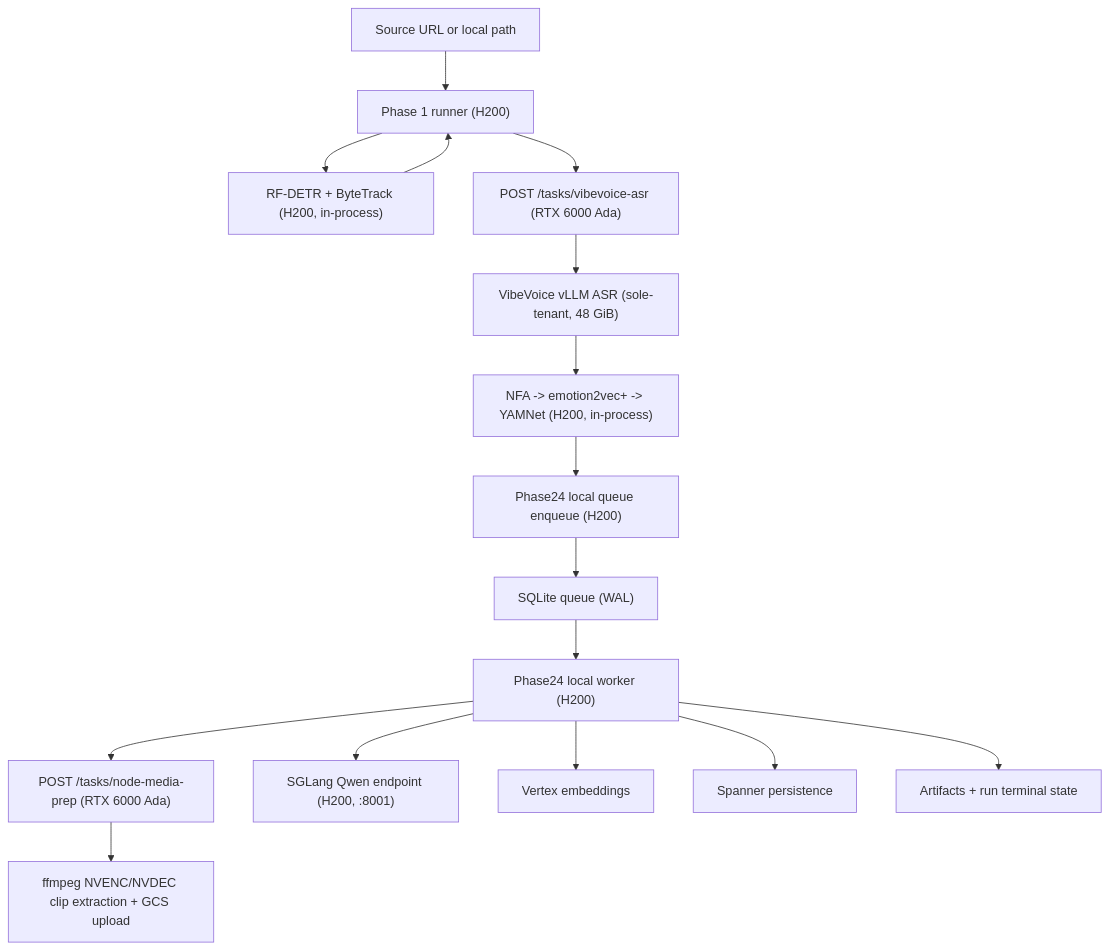
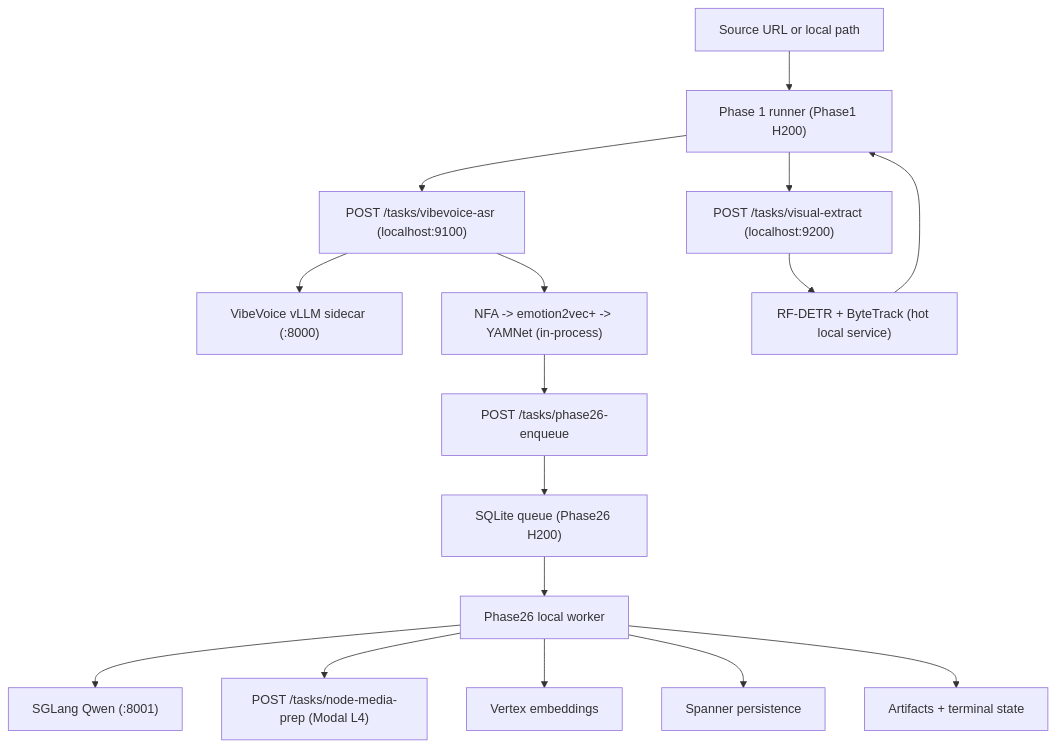
Before and after one commit to ClyptAI/Clypt-Backend: the diagram in docs/ARCHITECTURE.md, drawn with Mermaid. The commit also changed other lines of this file and 99 other files, not shown here.

````diff
--- a/docs/ARCHITECTURE.md
+++ b/docs/ARCHITECTURE.md
@@ -13,31 +10,30 @@
 ```mermaid
 flowchart TD
   source["Source URL or local path"]
-  p1["Phase 1 runner (H200)"]
-  visual["RF-DETR + ByteTrack (H200, in-process)"]
-  asrpost["POST /tasks/vibevoice-asr (RTX 6000 Ada)"]
-  asr["VibeVoice vLLM ASR (sole-tenant, 48 GiB)"]
-  audiopost["NFA -> emotion2vec+ -> YAMNet (H200, in-process)"]
-  mediapost["POST /tasks/node-media-prep (RTX 6000 Ada)"]
-  mediaprep["ffmpeg NVENC/NVDEC clip extraction + GCS upload"]
-  handoff["Phase24 local queue enqueue (H200)"]
-  q["SQLite queue (WAL)"]
-  w["Phase24 local worker (H200)"]
-  llm["SGLang Qwen endpoint (H200, :8001)"]
+  p1["Phase 1 runner (Phase1 H200)"]
+  vvsvc["POST /tasks/vibevoice-asr (localhost:9100)"]
+  vvllm["VibeVoice vLLM sidecar (:8000)"]
+  audpost["NFA -> emotion2vec+ -> YAMNet (in-process)"]
+  visvc["POST /tasks/visual-extract (localhost:9200)"]
+  visual["RF-DETR + ByteTrack (hot local service)"]
+  dispatch["POST /tasks/phase26-enqueue"]
+  q["SQLite queue (Phase26 H200)"]
+  worker["Phase26 local worker"]
+  llm["SGLang Qwen (:8001)"]
+  modal["POST /tasks/node-media-prep (Modal L4)"]
   emb["Vertex embeddings"]
   sp["Spanner persistence"]
-  out["Artifacts + run terminal state"]
+  out["Artifacts + terminal state"]
 
   source --> p1
-  p1 --> visual
-  p1 --> asrpost --> asr
-  asr --> audiopost
-  audiopost --> handoff
-  handoff --> q --> w
-  w --> mediapost --> mediaprep
-  w --> llm
-  w --> emb
-  w --> sp
+  p1 --> vvsvc --> vvllm
+  vvsvc --> audpost
+  p1 --> visvc --> visual
+  audpost --> dispatch --> q --> worker
+  worker --> llm
+  worker --> modal
+  worker --> emb
+  worker --> sp
+  worker --> out
   visual --> p1
-  w --> out
 ```
````
